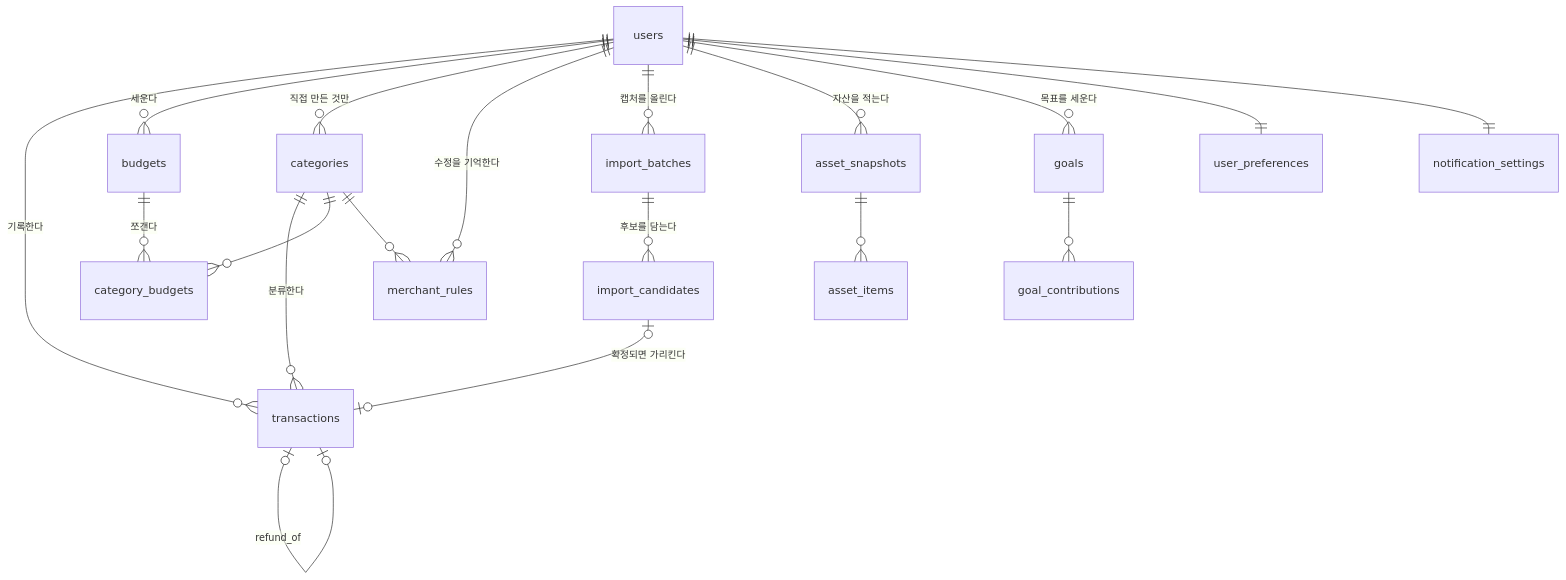
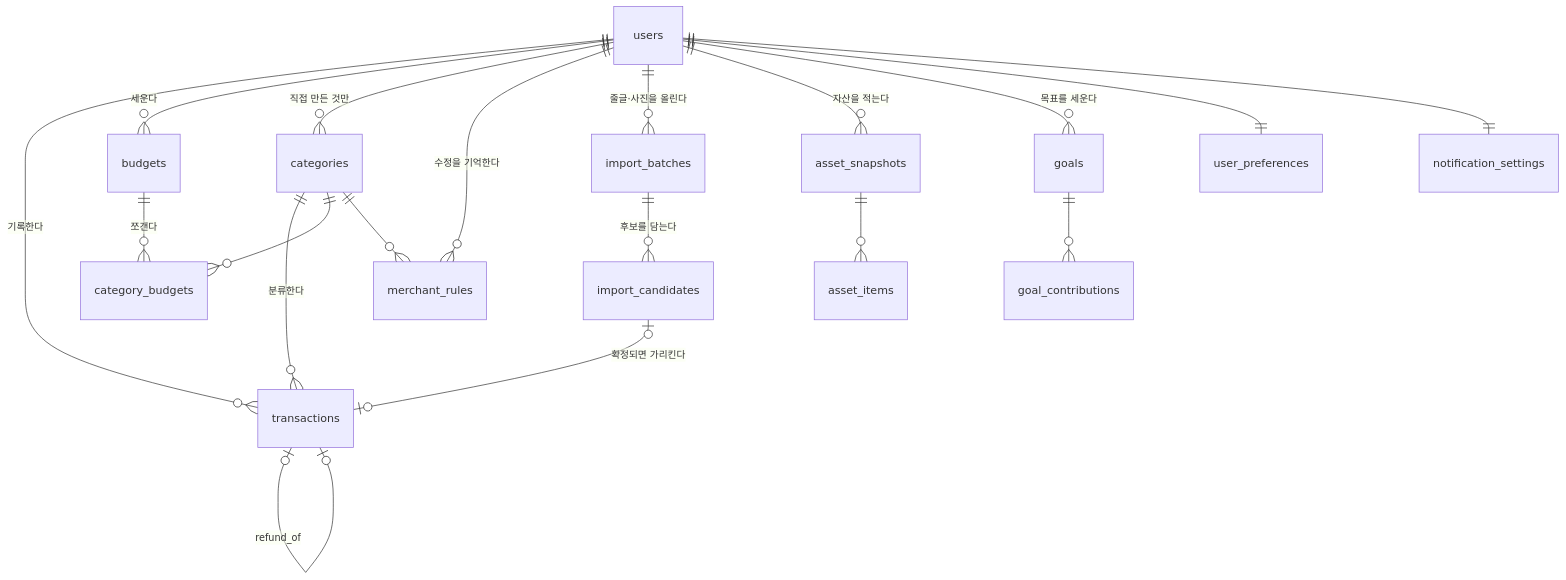
The diagram in docs/DATA_MODEL.md (96Hong2/pocket), drawn with Mermaid before and after one commit. The commit also changed other lines of this file and 36 other files, not shown here.

````diff
--- a/docs/DATA_MODEL.md
+++ b/docs/DATA_MODEL.md
@@ -41,25 +41,25 @@
 ```mermaid
 erDiagram
   users ||--o{ transactions : "기록한다"
   users ||--o{ budgets : "세운다"
   users ||--o{ categories : "직접 만든 것만"
   users ||--o{ merchant_rules : "수정을 기억한다"
-  users ||--o{ import_batches : "캡처를 올린다"
+  users ||--o{ import_batches : "줄글·사진을 올린다"
   users ||--o{ asset_snapshots : "자산을 적는다"
   users ||--o{ goals : "목표를 세운다"
   users ||--|| user_preferences : ""
   users ||--|| notification_settings : ""
 
   categories ||--o{ transactions : "분류한다"
   categories ||--o{ category_budgets : ""
   categories ||--o{ merchant_rules : ""
 
   budgets ||--o{ category_budgets : "쪼갠다"
 
   import_batches ||--o{ import_candidates : "후보를 담는다"
   import_candidates |o--o| transactions : "확정되면 가리킨다"
   transactions |o--o| transactions : "refund_of"
 
   asset_snapshots ||--o{ asset_items : ""
   goals ||--o{ goal_contributions : ""
 ```
````
